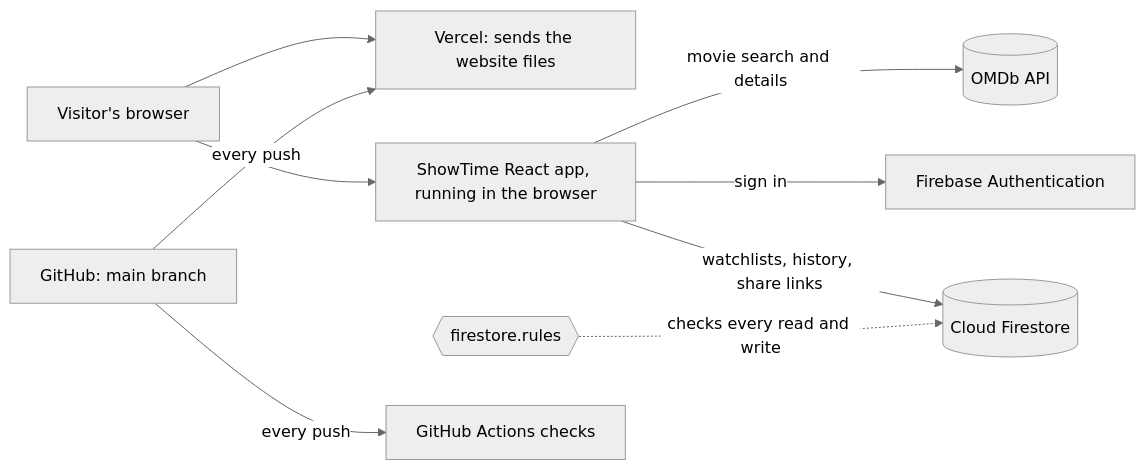
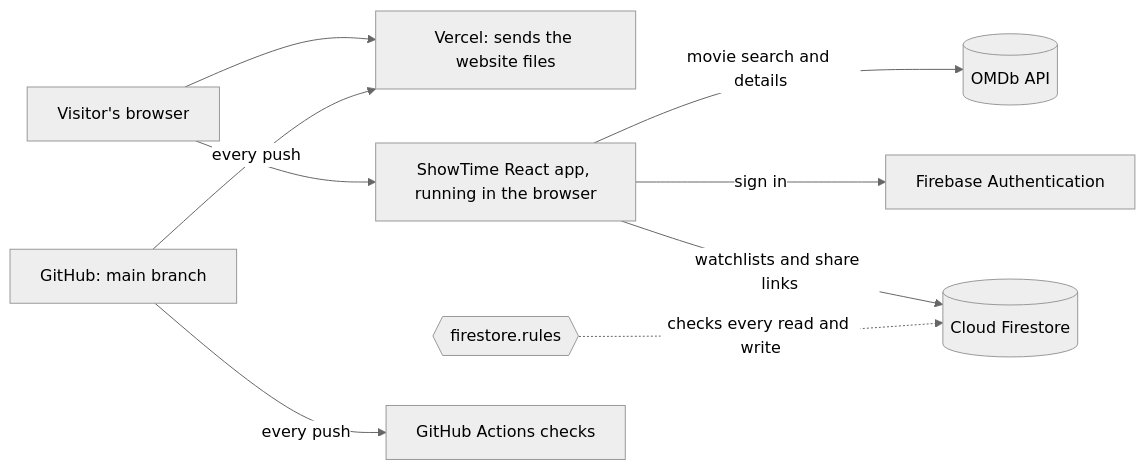
Before and after one commit to Rishikapurbey/ShowTime: the first of 6 diagrams in OWNER.md, drawn with Mermaid (neutral theme). The commit also changed other lines of this file and 17 other files, not shown here.

````diff
--- a/OWNER.md
+++ b/OWNER.md
@@ -93,11 +93,11 @@
 ```mermaid
 flowchart LR
   User["Visitor's browser"] --> Vercel["Vercel: sends the website files"]
   User --> App["ShowTime React app, running in the browser"]
   App -->|"movie search and details"| OMDb[("OMDb API")]
   App -->|"sign in"| Auth["Firebase Authentication"]
-  App -->|"watchlists, history, share links"| Firestore[("Cloud Firestore")]
+  App -->|"watchlists and share links"| Firestore[("Cloud Firestore")]
   Rules{{"firestore.rules"}} -.->|"checks every read and write"| Firestore
   GitHub["GitHub: main branch"] -->|"every push"| Vercel
   GitHub -->|"every push"| CI["GitHub Actions checks"]
 ```
````
